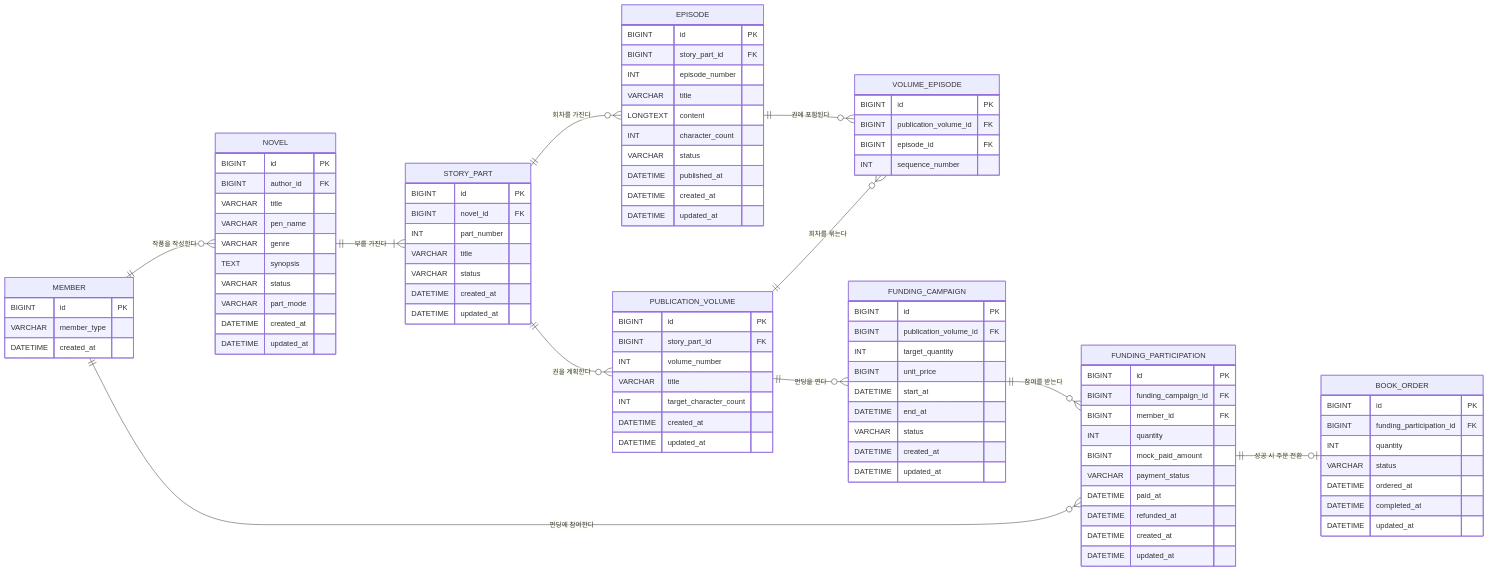
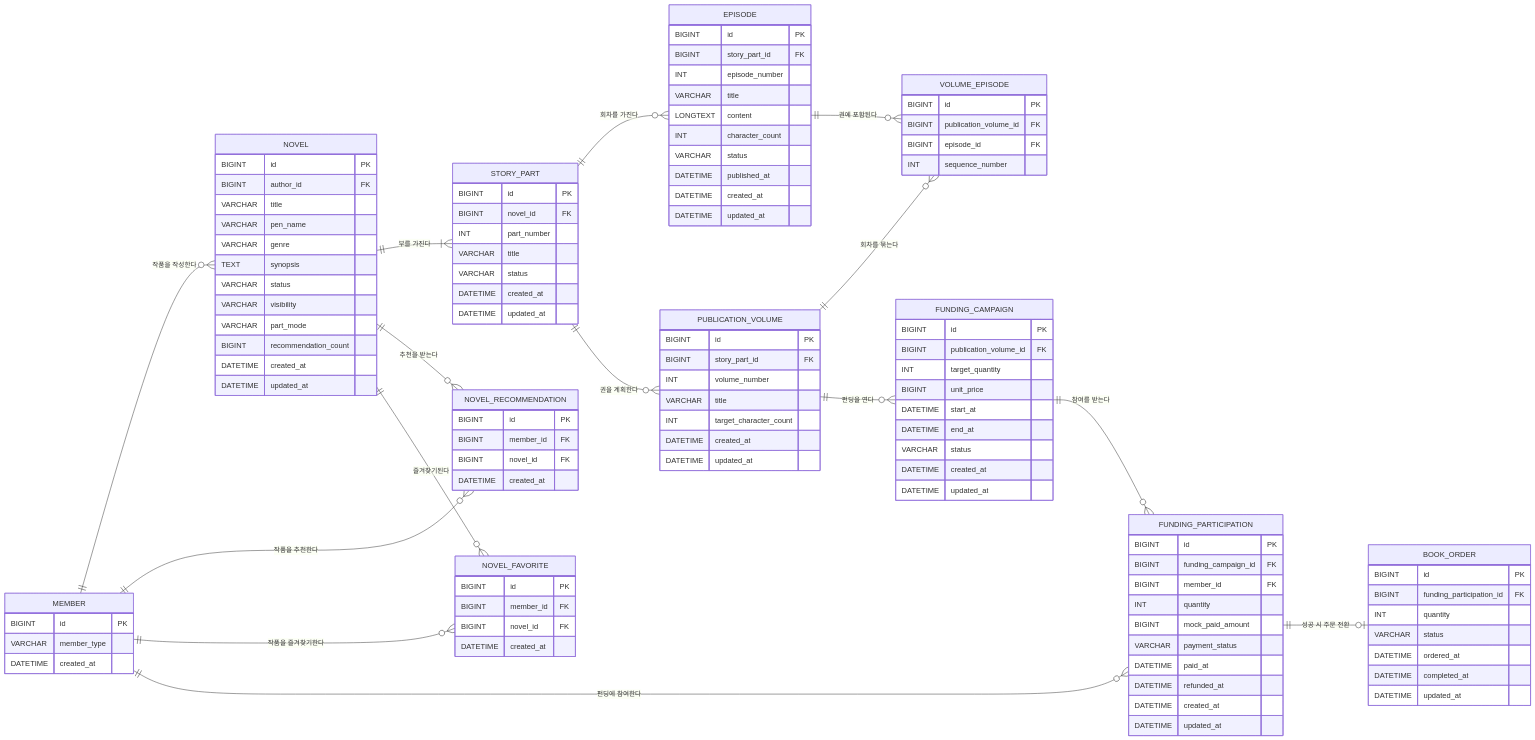
Before and after one commit to 021Skyfall/novelkeep: the diagram in docs/04_데이터_모델_ERD.md, drawn with Mermaid. The commit also changed other lines of this file and 37 other files, not shown here.

```diff
--- a/docs/04_데이터_모델_ERD.md
+++ b/docs/04_데이터_모델_ERD.md
@@ -26,8 +26,12 @@
     direction LR
 
     MEMBER ||--o{ NOVEL : "작품을 작성한다"
+    MEMBER ||--o{ NOVEL_RECOMMENDATION : "작품을 추천한다"
+    MEMBER ||--o{ NOVEL_FAVORITE : "작품을 즐겨찾기한다"
     MEMBER ||--o{ FUNDING_PARTICIPATION : "펀딩에 참여한다"
     NOVEL ||--|{ STORY_PART : "부를 가진다"
+    NOVEL ||--o{ NOVEL_RECOMMENDATION : "추천을 받는다"
+    NOVEL ||--o{ NOVEL_FAVORITE : "즐겨찾기된다"
     STORY_PART ||--o{ EPISODE : "회차를 가진다"
     STORY_PART ||--o{ PUBLICATION_VOLUME : "권을 계획한다"
     PUBLICATION_VOLUME ||--o{ VOLUME_EPISODE : "회차를 묶는다"
@@ -50,9 +54,25 @@
         VARCHAR genre
         TEXT synopsis
         VARCHAR status
+        VARCHAR visibility
         VARCHAR part_mode
+        BIGINT recommendation_count
         DATETIME created_at
         DATETIME updated_at
+    }
+
+    NOVEL_RECOMMENDATION {
+        BIGINT id PK
+        BIGINT member_id FK
+        BIGINT novel_id FK
+        DATETIME created_at
+    }
+
+    NOVEL_FAVORITE {
+        BIGINT id PK
+        BIGINT member_id FK
+        BIGINT novel_id FK
+        DATETIME created_at
     }
 
     STORY_PART {
```
